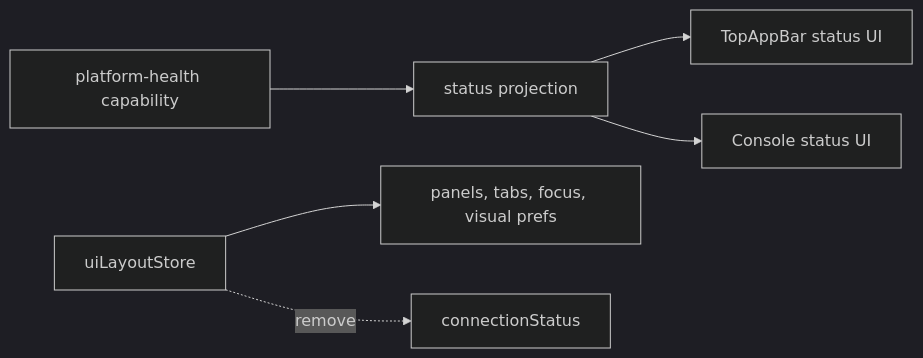
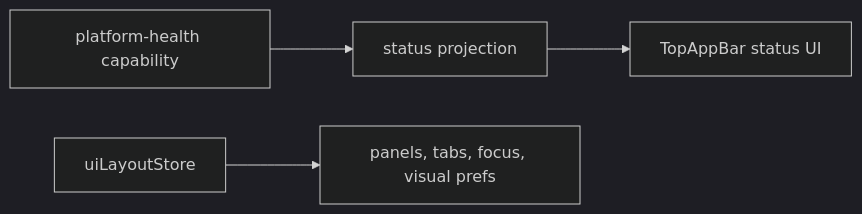
One commit to dunay2/dvt changed the third of 3 diagrams in docs/architecture/components/web/web-store-domain-ownership-component.md. Above: the diagram before and after it, drawn with Mermaid (dark theme). The commit also changed other lines of this file and 14 other files, not shown here.

Commit message:
refactor(web): Move platform connection status out of layout store

````diff
--- a/docs/architecture/components/web/web-store-domain-ownership-component.md
+++ b/docs/architecture/components/web/web-store-domain-ownership-component.md
@@ -79,9 +193,6 @@
 ```mermaid
 flowchart LR
   Health["platform-health capability"] --> Status["status projection"]
   Status --> TopBar["TopAppBar status UI"]
-  Status --> Console["Console status UI"]
   Layout["uiLayoutStore"] --> Shell["panels, tabs, focus, visual prefs"]
-
-  Layout -. remove .-> Old["connectionStatus"]
 ```
````
